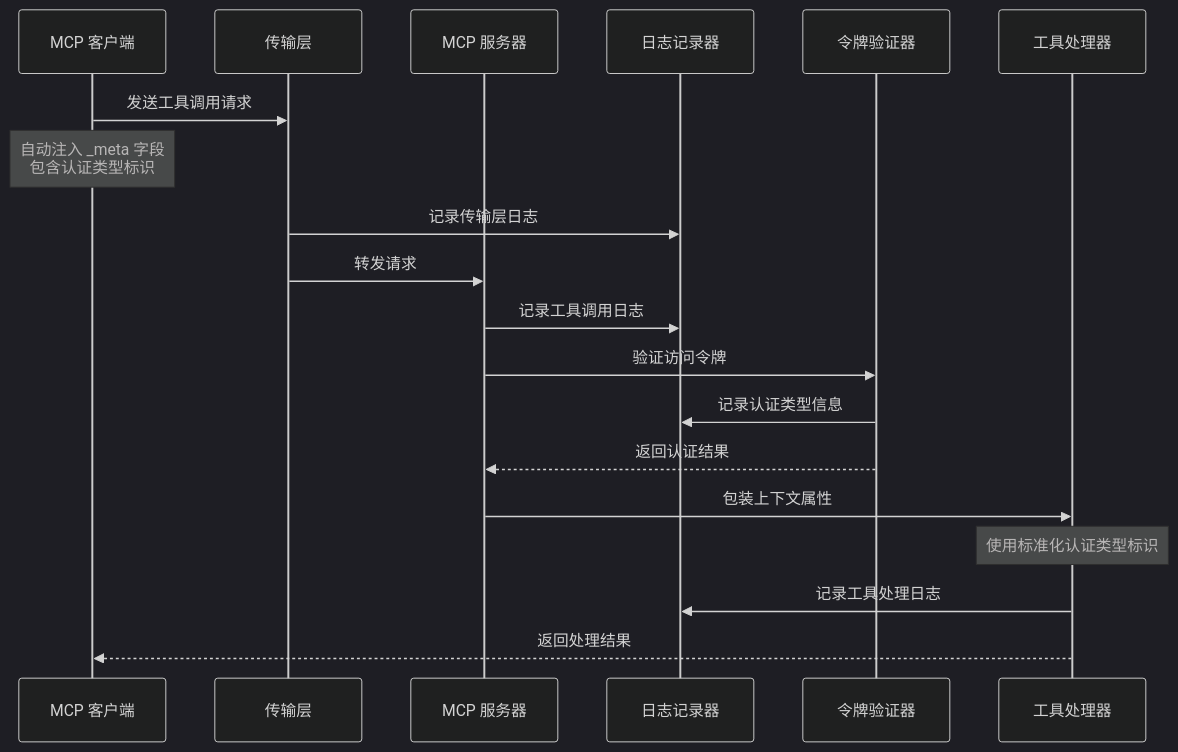
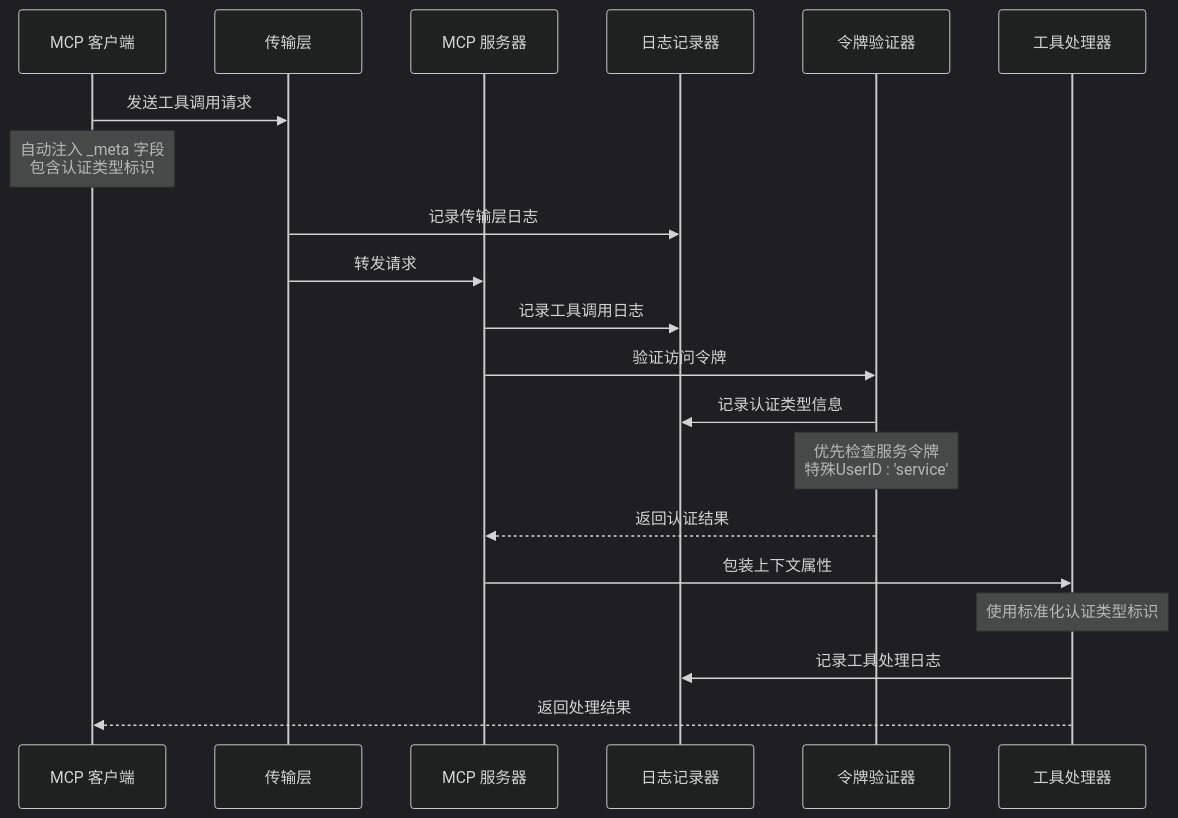
One commit to maomao94/zero-service changed the sixth of 10 diagrams in .qoder/repowiki/zh/content/Mcpx Authentication System.md. Above: the diagram before and after it, drawn with Mermaid (dark theme). The commit also changed other lines of this file and 58 other files, not shown here.

````diff
--- a/.qoder/repowiki/zh/content/Mcpx Authentication System.md
+++ b/.qoder/repowiki/zh/content/Mcpx Authentication System.md
@@ -399,21 +366,22 @@
 ```mermaid
 sequenceDiagram
 participant Client as MCP 客户端
 participant Transport as 传输层
 participant Server as MCP 服务器
 participant Logger as 日志记录器
 participant Verifier as 令牌验证器
 participant Handler as 工具处理器
 Client->>Transport : 发送工具调用请求
 Note over Client : 自动注入 _meta 字段<br/>包含认证类型标识
 Transport->>Logger : 记录传输层日志
 Transport->>Server : 转发请求
 Server->>Logger : 记录工具调用日志
 Server->>Verifier : 验证访问令牌
 Verifier->>Logger : 记录认证类型信息
+Note over Verifier : 优先检查服务令牌<br/>特殊UserID : 'service'
 Verifier-->>Server : 返回认证结果
 Server->>Handler : 包装上下文属性
 Note over Handler : 使用标准化认证类型标识
 Handler->>Logger : 记录工具处理日志
 Handler-->>Client : 返回处理结果
 ```
````
